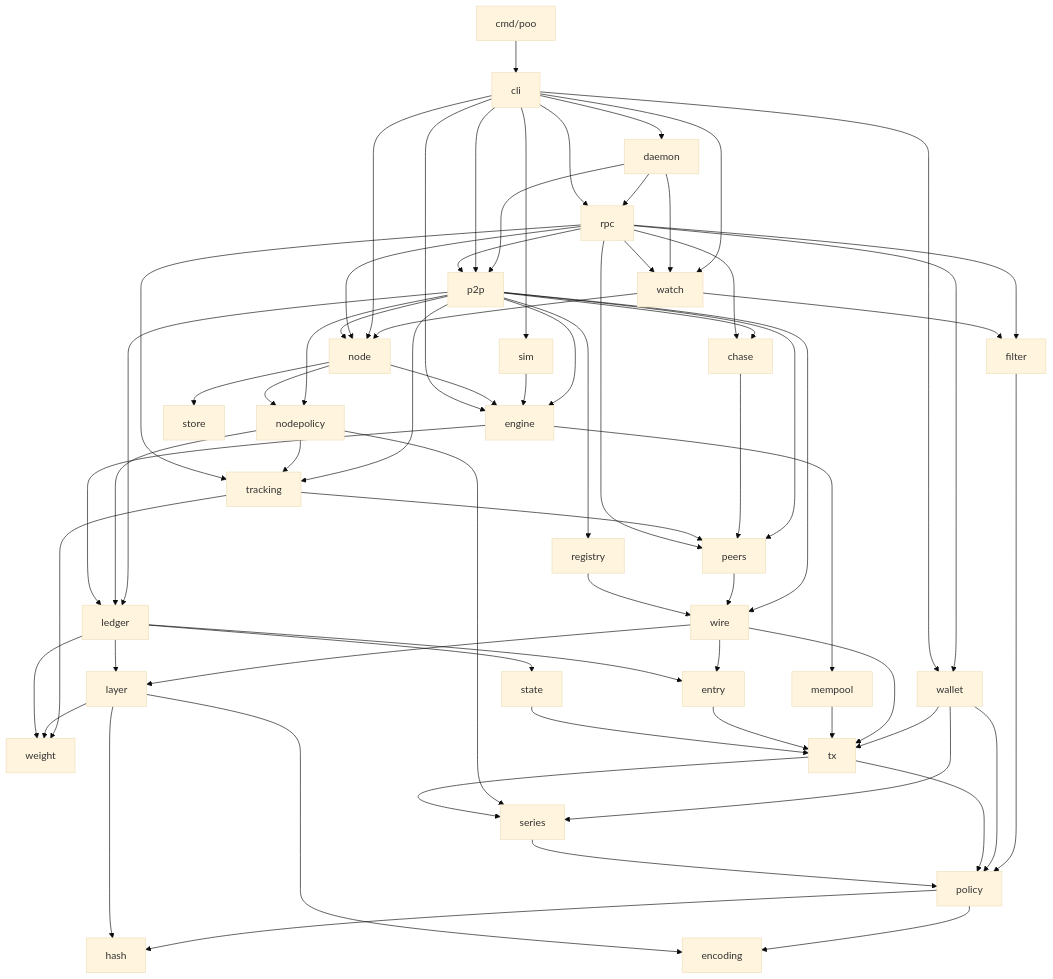
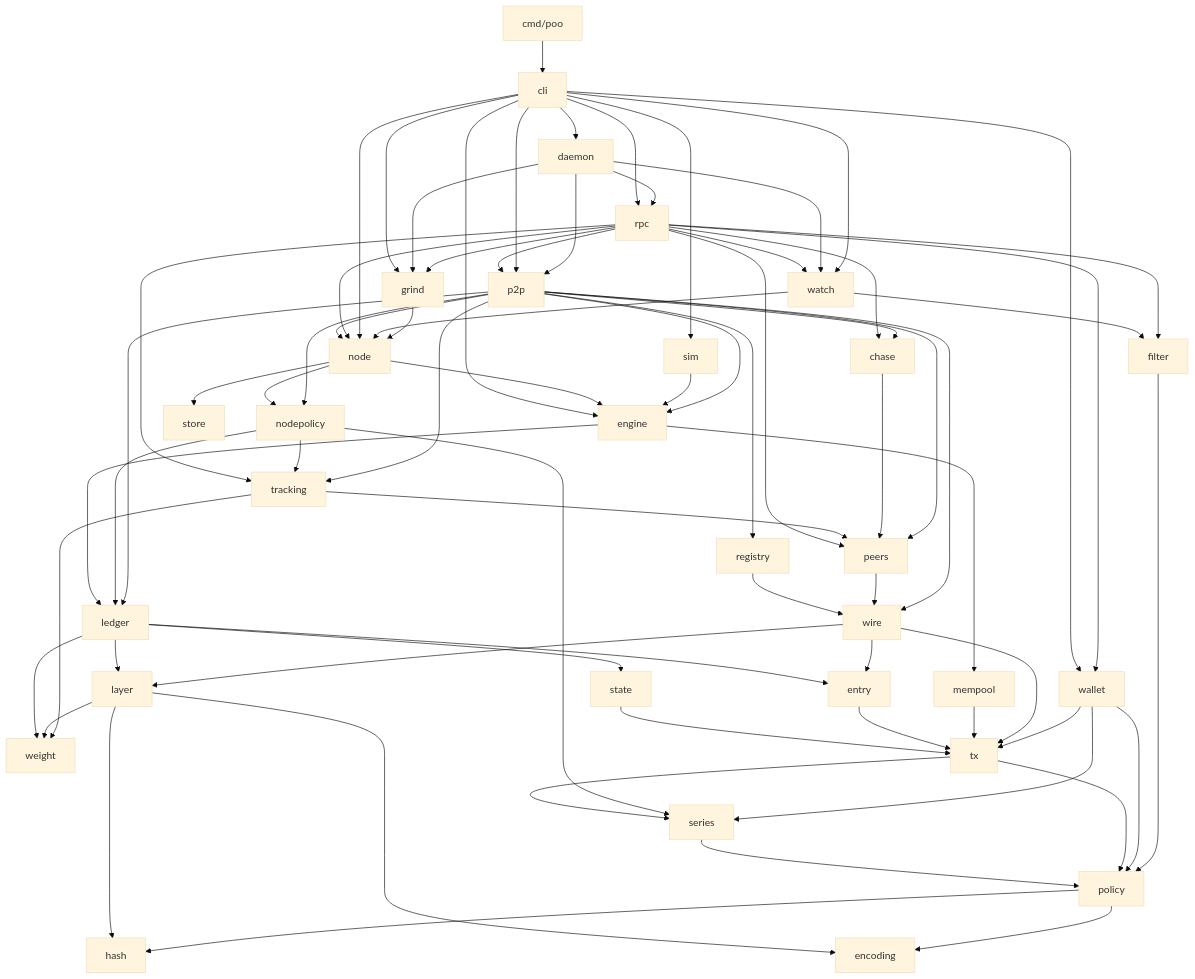
Before and after one commit to JogginTheNoggin/crypto-mint-net: the first of 2 diagrams in docs/architecture.md, drawn with Mermaid (base theme). The commit also changed other lines of this file and 53 other files, not shown here.

````diff
--- a/docs/architecture.md
+++ b/docs/architecture.md
@@ -27,70 +27,74 @@
 ```mermaid
 graph TD
   main[cmd/poo] --> cmd
   cmd[cli] --> daemon
   cmd --> watch
   daemon --> rpc
   daemon --> p2p
   daemon --> watch
   rpc --> watch
   rpc --> filter
+  rpc --> grind
+  daemon --> grind
+  cmd --> grind
+  grind --> node
   watch --> filter
   watch --> node
   filter --> policy
   cmd[cli] --> rpc
   cmd --> node
   cmd --> p2p
   rpc --> node
   rpc --> p2p
   p2p --> node
   p2p --> wire
   p2p --> engine
   p2p --> ledger
   p2p --> nodepolicy
   p2p --> peers
   p2p --> registry
   p2p --> tracking
   p2p --> chase
   chase --> peers
   tracking --> peers
   tracking --> weight
   nodepolicy --> tracking
   rpc --> tracking
   rpc --> chase
   peers --> wire
   registry --> wire
   rpc --> peers
   rpc --> wallet
   cmd --> wallet
   cmd --> sim
   sim --> engine
   wallet --> policy
   wallet --> tx
   wallet --> series
   wire --> entry
   wire --> layer
   wire --> tx
   node --> engine
   node --> store
   node --> nodepolicy
   nodepolicy --> ledger
   nodepolicy --> series
   cmd --> engine
   engine --> ledger
   engine --> mempool
   ledger --> entry
   ledger --> layer
   ledger --> state
   mempool --> tx
   entry --> tx
   state --> tx
   tx --> series
   tx --> policy
   series --> policy
   layer --> weight
   ledger --> weight
   policy --> hash
   policy --> encoding
   layer --> hash
   layer --> encoding
 ```
````
